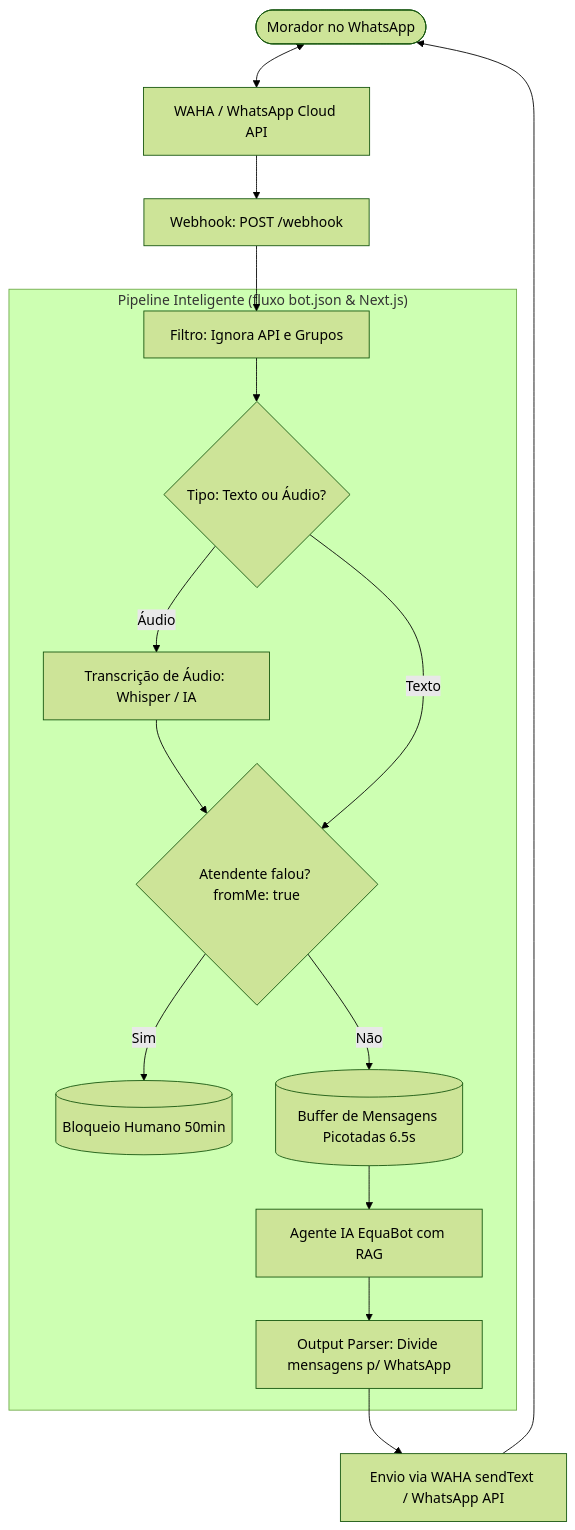
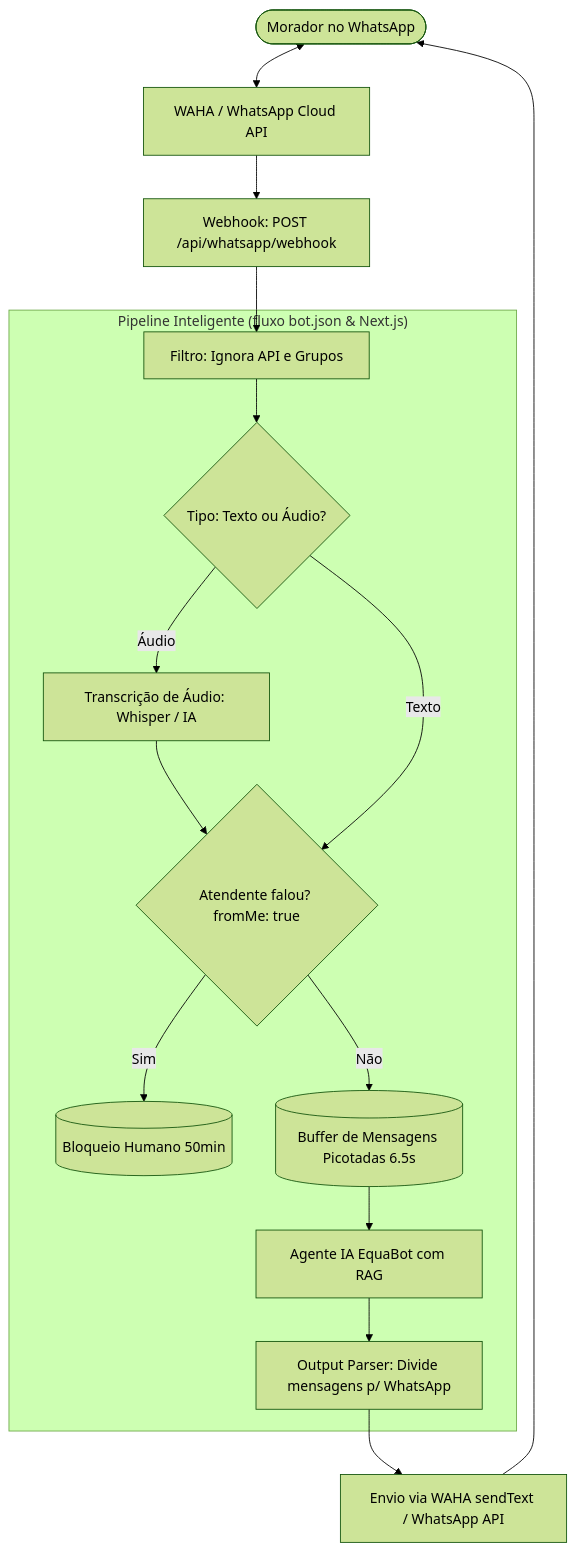
One commit to paulolobo7/lp-eqt changed the diagram in BOT_WHATSAPP_GUIA.md. Above: the diagram before and after it, drawn with Mermaid (forest theme). The commit also changed other lines of this file and 14 other files, not shown here.

````diff
--- a/BOT_WHATSAPP_GUIA.md
+++ b/BOT_WHATSAPP_GUIA.md
@@ -34,27 +34,27 @@
 ```mermaid
 flowchart TD
     User([Morador no WhatsApp]) <--> WAHA[WAHA / WhatsApp Cloud API]
-    WAHA --> Webhook[Webhook: POST /webhook]
+    WAHA --> Webhook[Webhook: POST /api/whatsapp/webhook]
     
     subgraph Pipeline ["Pipeline Inteligente (fluxo bot.json & Next.js)"]
         Filtro[Filtro: Ignora API e Grupos]
         Midia{Tipo: Texto ou Áudio?}
         Transcribe[Transcrição de Áudio: Whisper / IA]
         Handover{Atendente falou? fromMe: true}
         BlockRedis[(Bloqueio Humano 50min)]
         Buffer[(Buffer de Mensagens Picotadas 6.5s)]
         Agent[Agente IA EquaBot com RAG]
         Parser[Output Parser: Divide mensagens p/ WhatsApp]
     end
     
     Webhook --> Filtro
     Filtro --> Midia
     Midia -->|Áudio| Transcribe --> Handover
     Midia -->|Texto| Handover
     Handover -->|Sim| BlockRedis
     Handover -->|Não| Buffer
     Buffer --> Agent
     Agent --> Parser
     Parser --> Responder[Envio via WAHA sendText / WhatsApp API]
     Responder --> User
 ```
````
